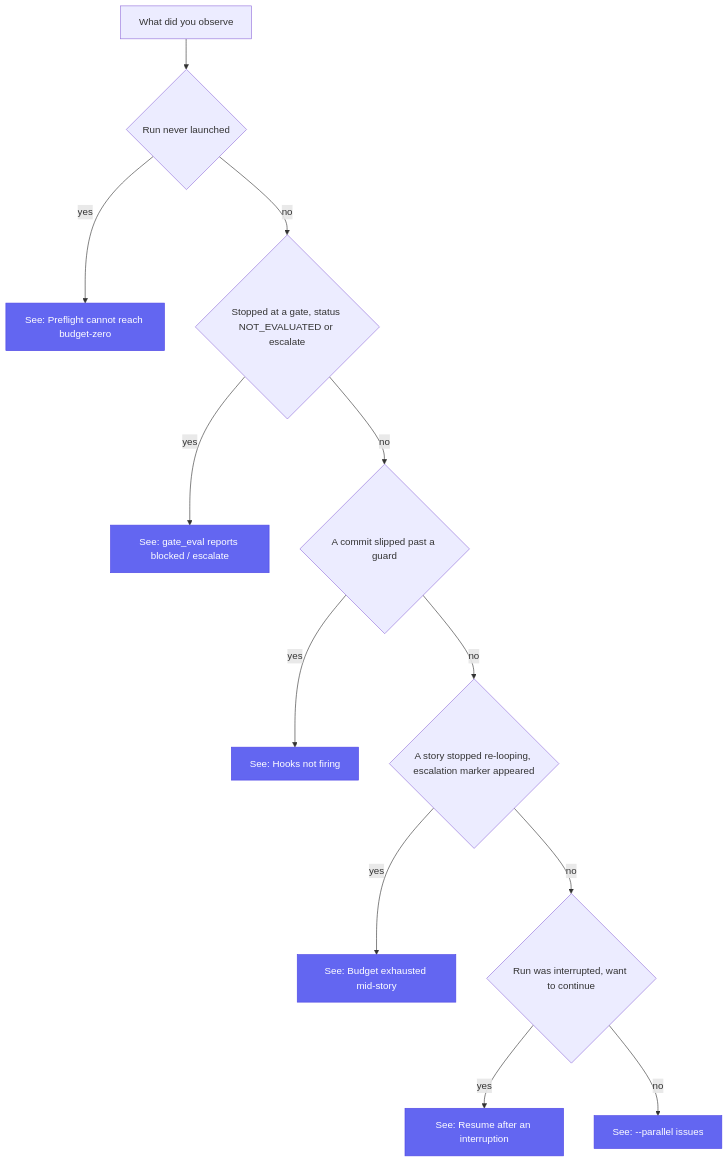
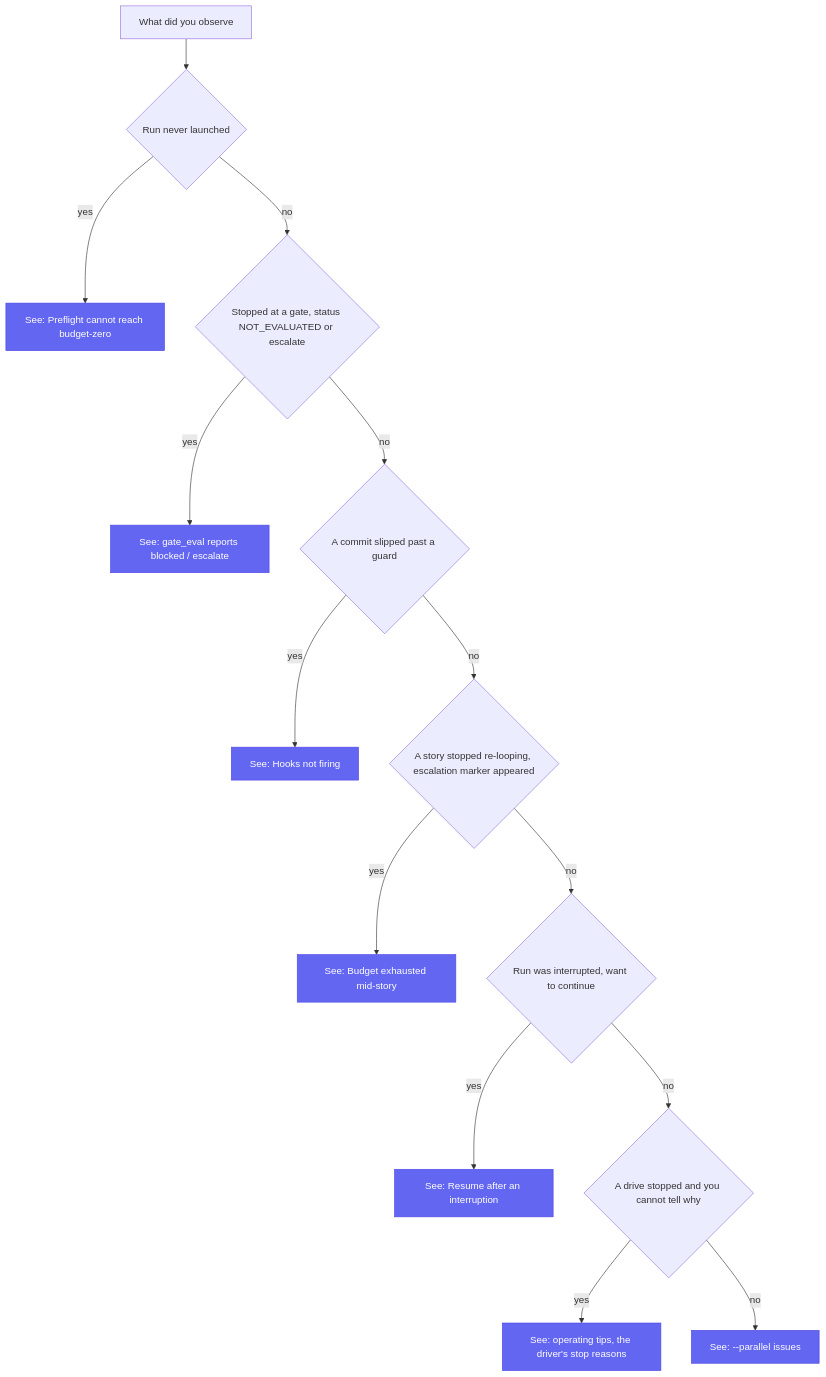
One commit to armelhbobdad/bmad-module-ultracode-goal changed the diagram in docs/troubleshooting.md. Above: the diagram before and after it, drawn with Mermaid. The commit also changed other lines of this file and 5 other files, not shown here.

````diff
--- a/docs/troubleshooting.md
+++ b/docs/troubleshooting.md
@@ -10,16 +12,18 @@
 ```mermaid
 flowchart TD
     S["What did you observe"] --> P{"Run never launched"}
     P -->|"yes"| PRE["See: Preflight cannot reach budget-zero"]
     P -->|"no"| G{"Stopped at a gate, status NOT_EVALUATED or escalate"}
     G -->|"yes"| GATE["See: gate_eval reports blocked / escalate"]
     G -->|"no"| H{"A commit slipped past a guard"}
     H -->|"yes"| HOOK["See: Hooks not firing"]
     H -->|"no"| B{"A story stopped re-looping, escalation marker appeared"}
     B -->|"yes"| BUD["See: Budget exhausted mid-story"]
     B -->|"no"| R{"Run was interrupted, want to continue"}
     R -->|"yes"| RES["See: Resume after an interruption"]
-    R -->|"no"| PAR["See: --parallel issues"]
+    R -->|"no"| D{"A drive stopped and you cannot tell why"}
+    D -->|"yes"| OPS["See: operating tips, the driver's stop reasons"]
+    D -->|"no"| PAR["See: --parallel issues"]
     classDef accent fill:#6366F1,stroke:#4F46E5,color:#fff
-    class PRE,GATE,HOOK,BUD,RES,PAR accent
+    class PRE,GATE,HOOK,BUD,RES,OPS,PAR accent
 ```
````
